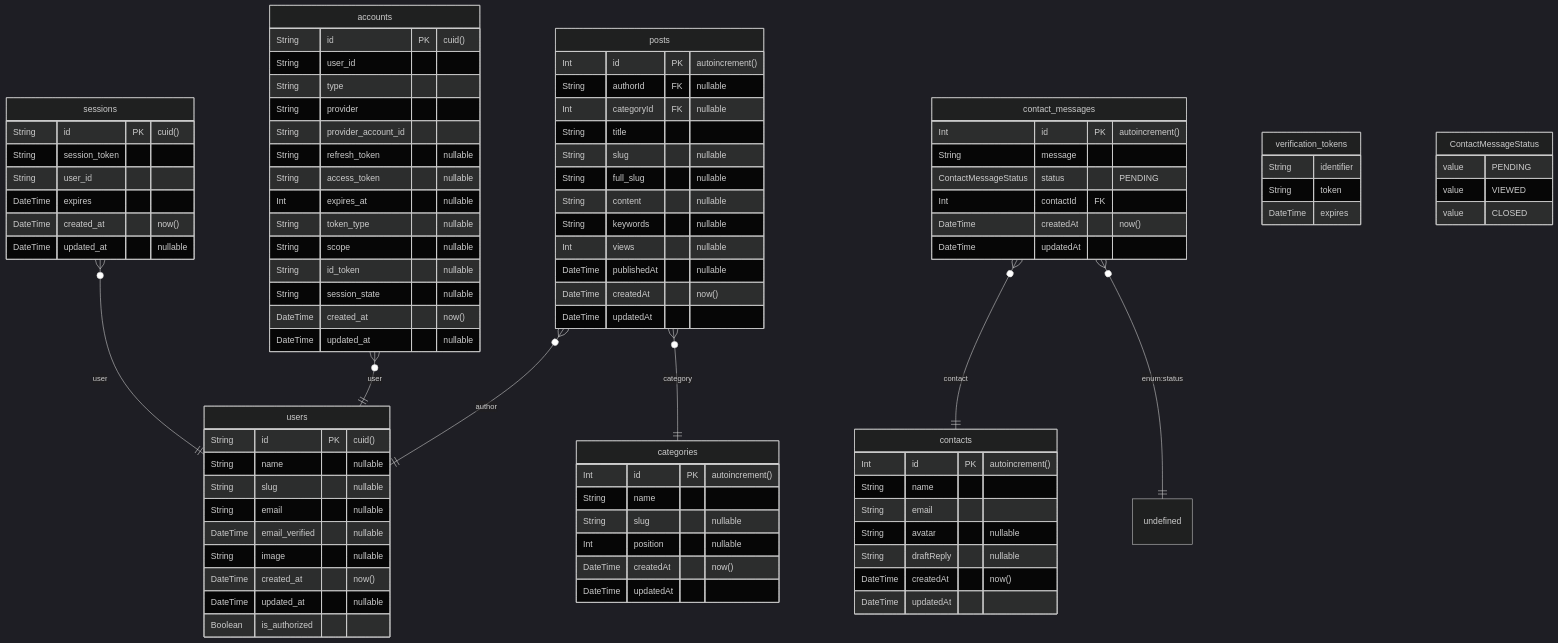
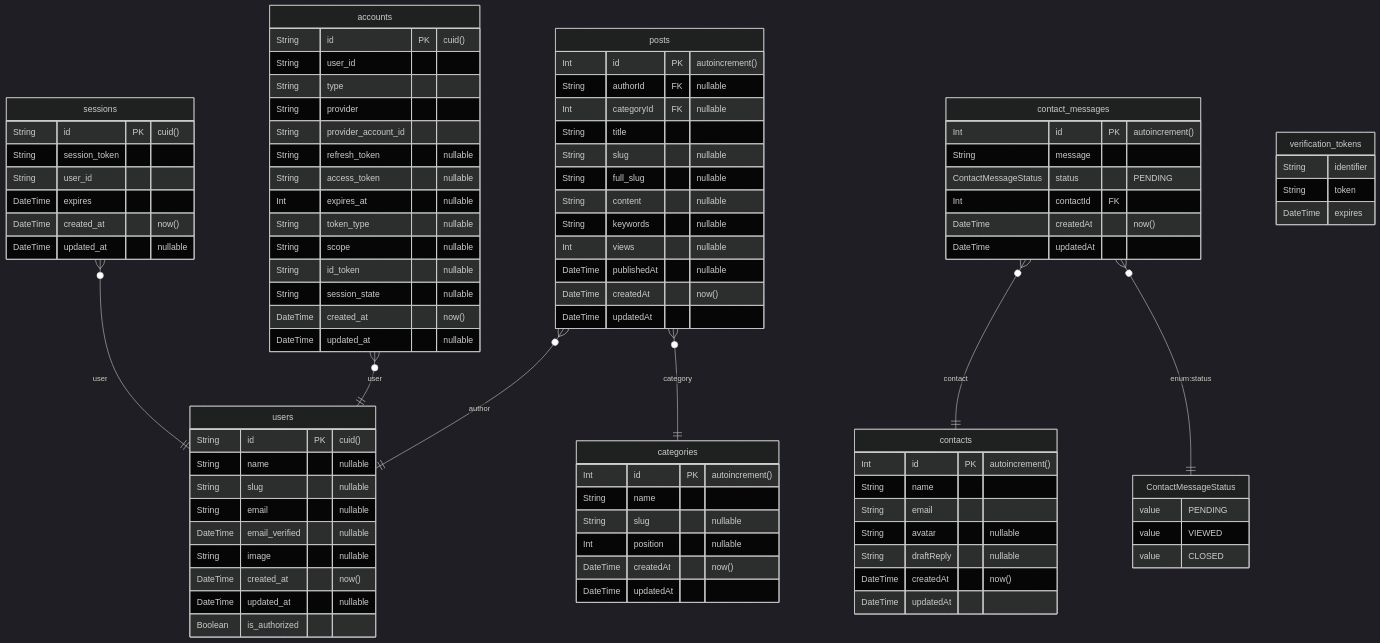
One commit to boleknowak/piotrdoniak.com changed the diagram in prisma/ERD.md. Above: the diagram before and after it, drawn with Mermaid (dark theme). The commit also changed 1 other file, not shown here.

Commit message:
:test_tube: added jsonProtocol preview feature to prisma

````diff
--- a/prisma/ERD.md
+++ b/prisma/ERD.md
@@ -1,5 +1,10 @@
 ```mermaid
 erDiagram
+	ContactMessageStatus {
+		value PENDING
+		value VIEWED
+		value CLOSED
+	}
 	posts {
 		Int id PK  "autoincrement()"
 		String authorId FK  "nullable"
@@ -79,15 +84,10 @@
 		String token
 		DateTime expires
 	}
-	ContactMessageStatus {
-		value PENDING
-		value VIEWED
-		value CLOSED
-	}
 	posts }o--|| users : author
 	posts }o--|| categories : category
 	contact_messages }o--|| contacts : contact
-	contact_messages }o--|| undefined : "enum:status"
+	contact_messages }o--|| ContactMessageStatus : "enum:status"
 	accounts }o--|| users : user
 	sessions }o--|| users : user
 
````
